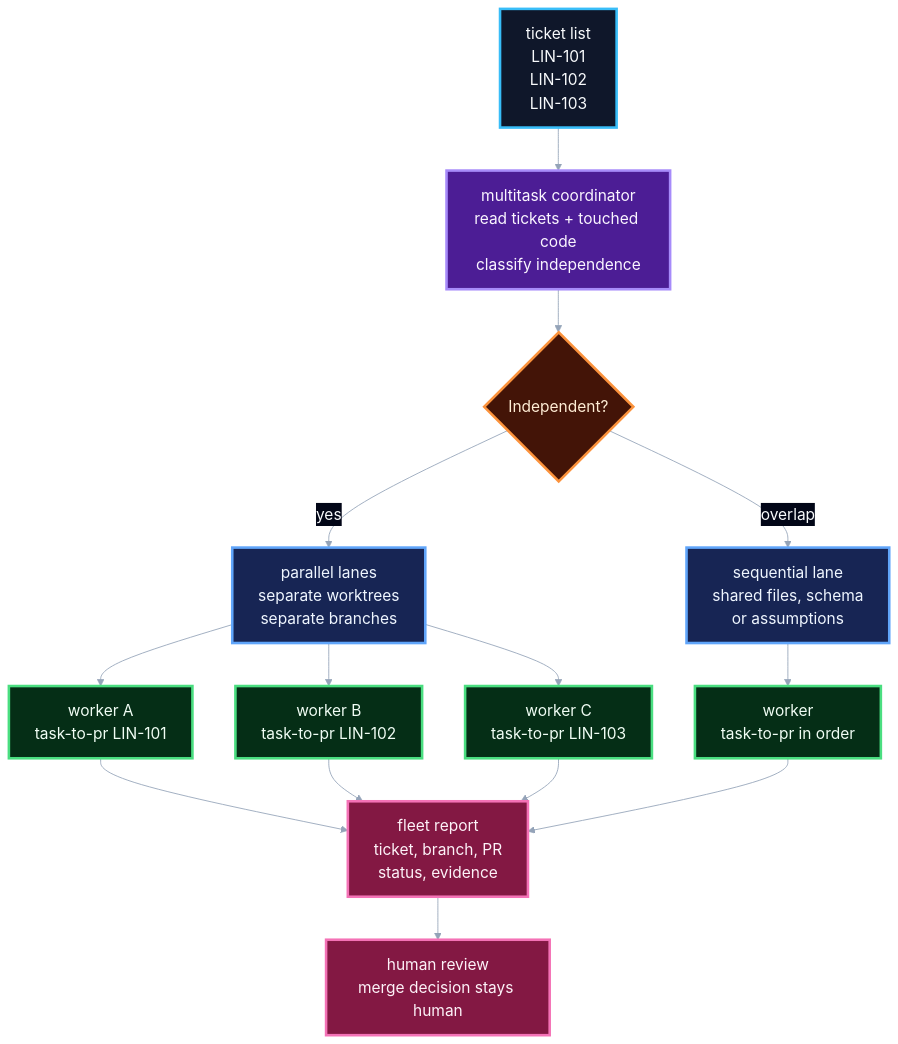
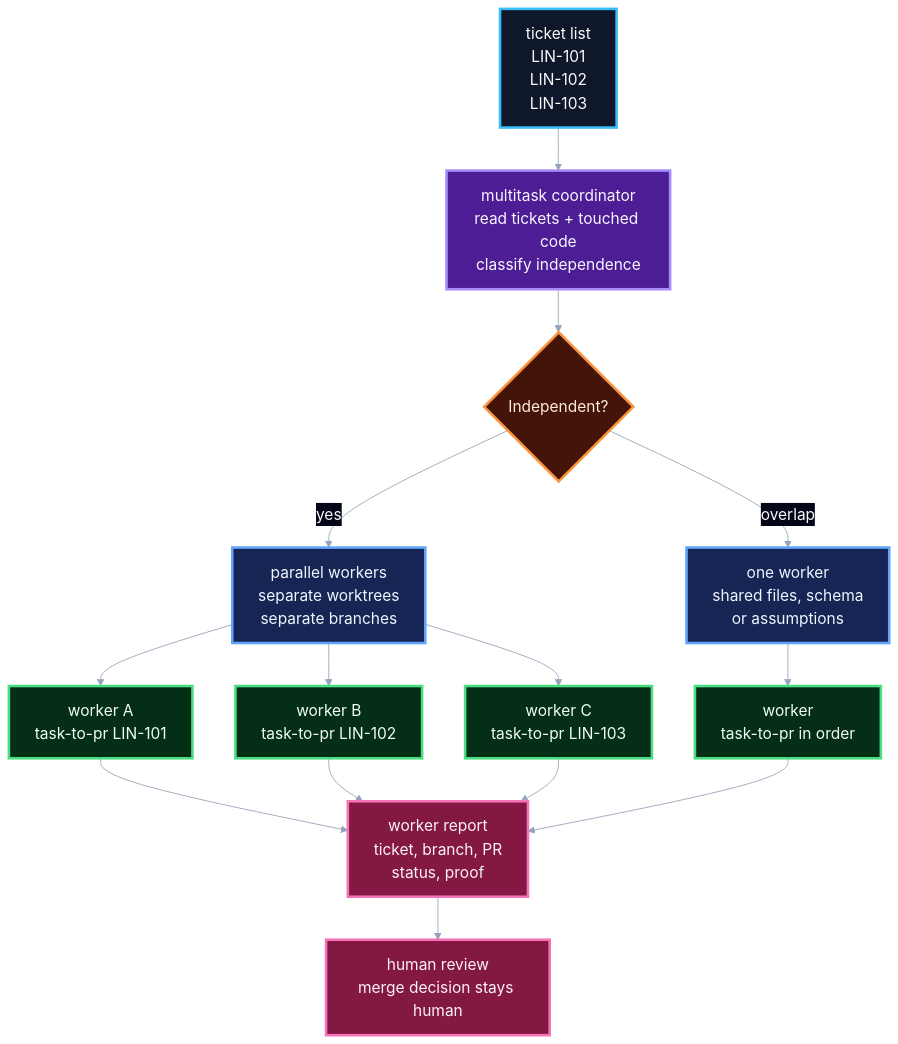
Before and after one commit to owainlewis/blueprint: the second of 3 diagrams in README.md, drawn with Mermaid. The commit also changed other lines of this file and 24 other files, not shown here.

````diff
--- a/README.md
+++ b/README.md
@@ -108,44 +107,44 @@
 ```mermaid
 %%{init: {"theme": "base", "themeVariables": {"fontFamily": "Inter, ui-sans-serif, system-ui", "fontSize": "18px", "primaryTextColor": "#f8fafc", "tertiaryTextColor": "#f8fafc", "lineColor": "#94a3b8", "edgeLabelBackground": "#020617"}}}%%
 flowchart TD
     Tickets["ticket list<br/>LIN-101<br/>LIN-102<br/>LIN-103"]
     Coordinator["multitask coordinator<br/>read tickets + touched code<br/>classify independence"]
     Decision{Independent?}
-    Parallel["parallel lanes<br/>separate worktrees<br/>separate branches"]
-    Sequential["sequential lane<br/>shared files, schema<br/>or assumptions"]
+    Parallel["parallel workers<br/>separate worktrees<br/>separate branches"]
+    Sequential["one worker<br/>shared files, schema<br/>or assumptions"]
 
     WorkerA["worker A<br/>task-to-pr LIN-101"]
     WorkerB["worker B<br/>task-to-pr LIN-102"]
     WorkerC["worker C<br/>task-to-pr LIN-103"]
     WorkerD["worker<br/>task-to-pr in order"]
 
-    Fleet["fleet report<br/>ticket, branch, PR<br/>status, evidence"]
+    Fleet["worker report<br/>ticket, branch, PR<br/>status, proof"]
     Human["human review<br/>merge decision stays human"]
 
     Tickets --> Coordinator --> Decision
     Decision -->|yes| Parallel
     Decision -->|overlap| Sequential
     Parallel --> WorkerA
     Parallel --> WorkerB
     Parallel --> WorkerC
     Sequential --> WorkerD
     WorkerA --> Fleet
     WorkerB --> Fleet
     WorkerC --> Fleet
     WorkerD --> Fleet
     Fleet --> Human
 
     classDef input fill:#0f172a,stroke:#38bdf8,stroke-width:3px,color:#f8fafc,font-size:18px;
     classDef coordinator fill:#4c1d95,stroke:#a78bfa,stroke-width:3px,color:#faf5ff,font-size:18px;
     classDef decision fill:#431407,stroke:#fb923c,stroke-width:3px,color:#ffedd5,font-size:18px;
     classDef lane fill:#172554,stroke:#60a5fa,stroke-width:3px,color:#eff6ff,font-size:18px;
     classDef worker fill:#052e16,stroke:#4ade80,stroke-width:3px,color:#f0fdf4,font-size:18px;
     classDef report fill:#831843,stroke:#f472b6,stroke-width:3px,color:#fdf2f8,font-size:18px;
 
     class Tickets input;
     class Coordinator coordinator;
     class Decision decision;
     class Parallel,Sequential lane;
     class WorkerA,WorkerB,WorkerC,WorkerD worker;
     class Fleet,Human report;
 ```
````
